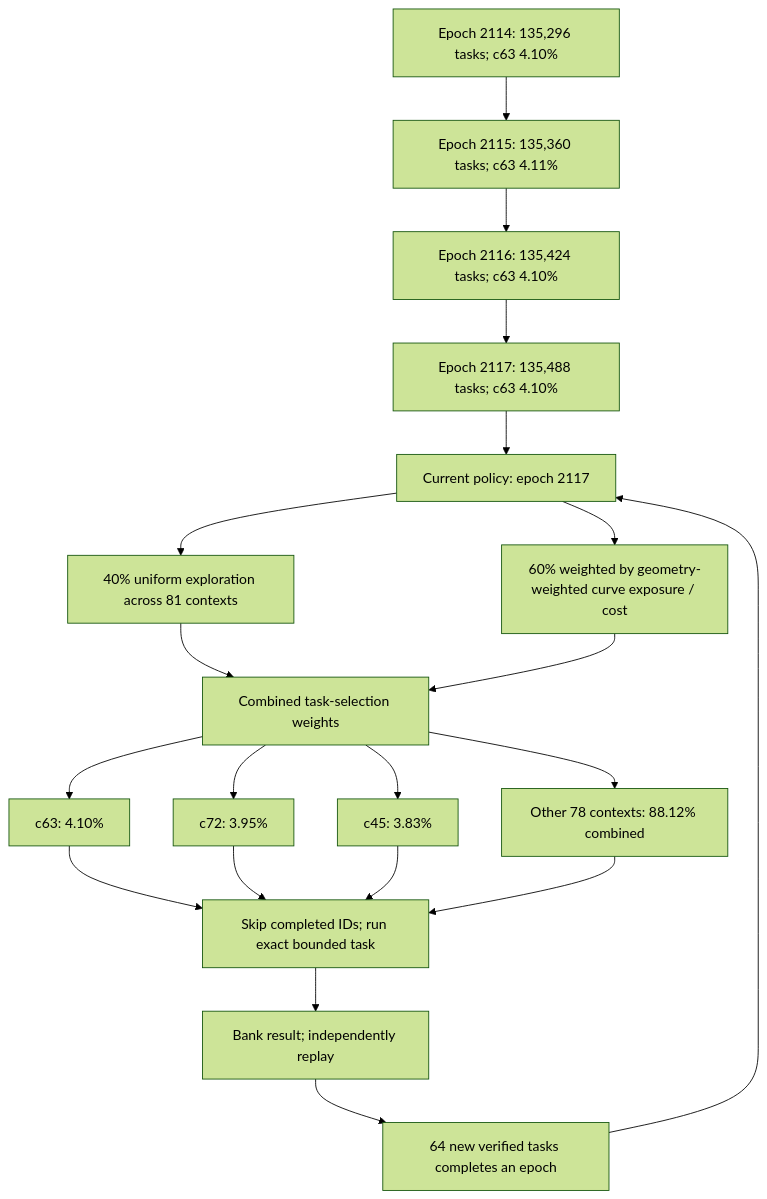
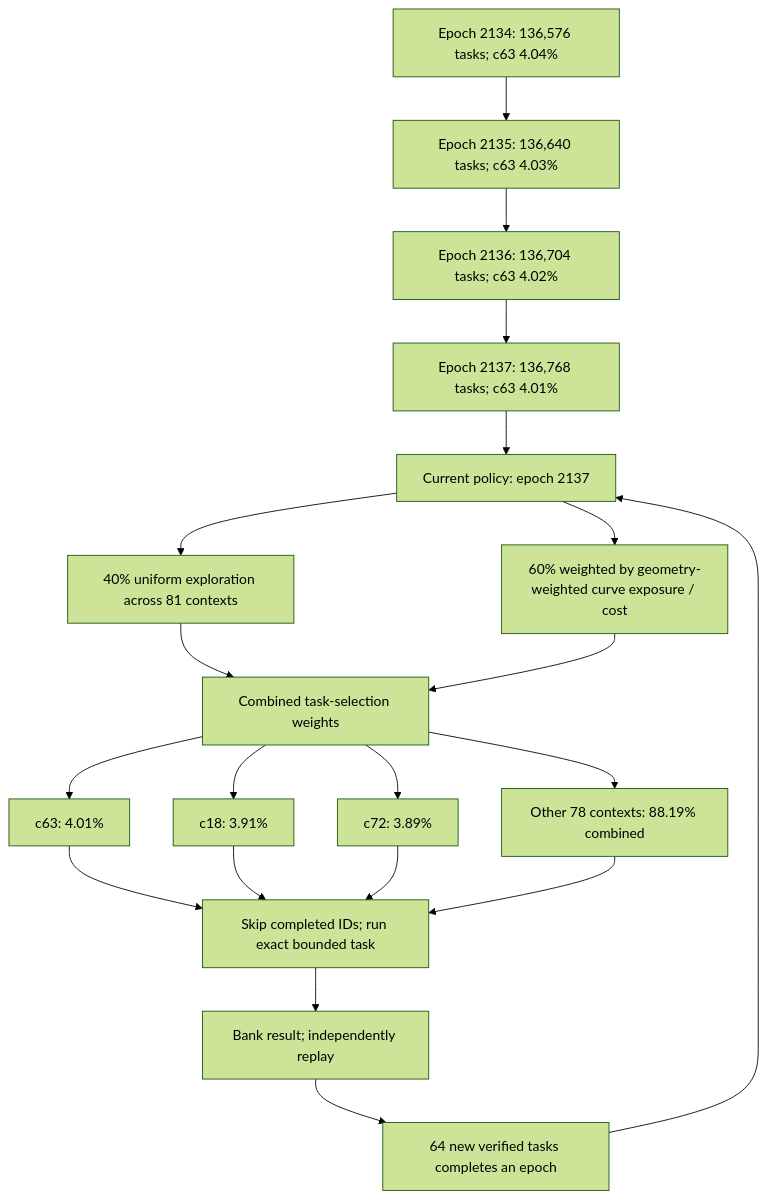
The first of 3 diagrams in README.md (Kuberwastaken/math-gambling), drawn with Mermaid (forest theme) before and after one commit. The commit also changed other lines of this file and 2614 other files, not shown here.

````diff
--- a/README.md
+++ b/README.md
@@ -56,27 +56,27 @@
 ```mermaid
 flowchart TD
-    H0["Epoch 2114: 135,296 tasks; c63 4.10%"]
-    H1["Epoch 2115: 135,360 tasks; c63 4.11%"]
+    H0["Epoch 2134: 136,576 tasks; c63 4.04%"]
+    H1["Epoch 2135: 136,640 tasks; c63 4.03%"]
     H0 --> H1
-    H2["Epoch 2116: 135,424 tasks; c63 4.10%"]
+    H2["Epoch 2136: 136,704 tasks; c63 4.02%"]
     H1 --> H2
-    H3["Epoch 2117: 135,488 tasks; c63 4.10%"]
+    H3["Epoch 2137: 136,768 tasks; c63 4.01%"]
     H2 --> H3
-    Policy["Current policy: epoch 2117"]
+    Policy["Current policy: epoch 2137"]
     H3 --> Policy
     Policy --> Explore["40% uniform exploration across 81 contexts"]
     Policy --> Cost["60% weighted by geometry-weighted curve exposure / cost"]
     Explore --> Mix["Combined task-selection weights"]
     Cost --> Mix
-    Mix --> C0["c63: 4.10%"]
-    Mix --> C1["c72: 3.95%"]
-    Mix --> C2["c45: 3.83%"]
-    Mix --> Rest["Other 78 contexts: 88.12% combined"]
+    Mix --> C0["c63: 4.01%"]
+    Mix --> C1["c18: 3.91%"]
+    Mix --> C2["c72: 3.89%"]
+    Mix --> Rest["Other 78 contexts: 88.19% combined"]
     C0 --> Check["Skip completed IDs; run exact bounded task"]
     C1 --> Check
     C2 --> Check
     Rest --> Check
     Check --> Replay["Bank result; independently replay"]
     Replay --> Gate["64 new verified tasks completes an epoch"]
     Gate --> Policy
 ```
````
